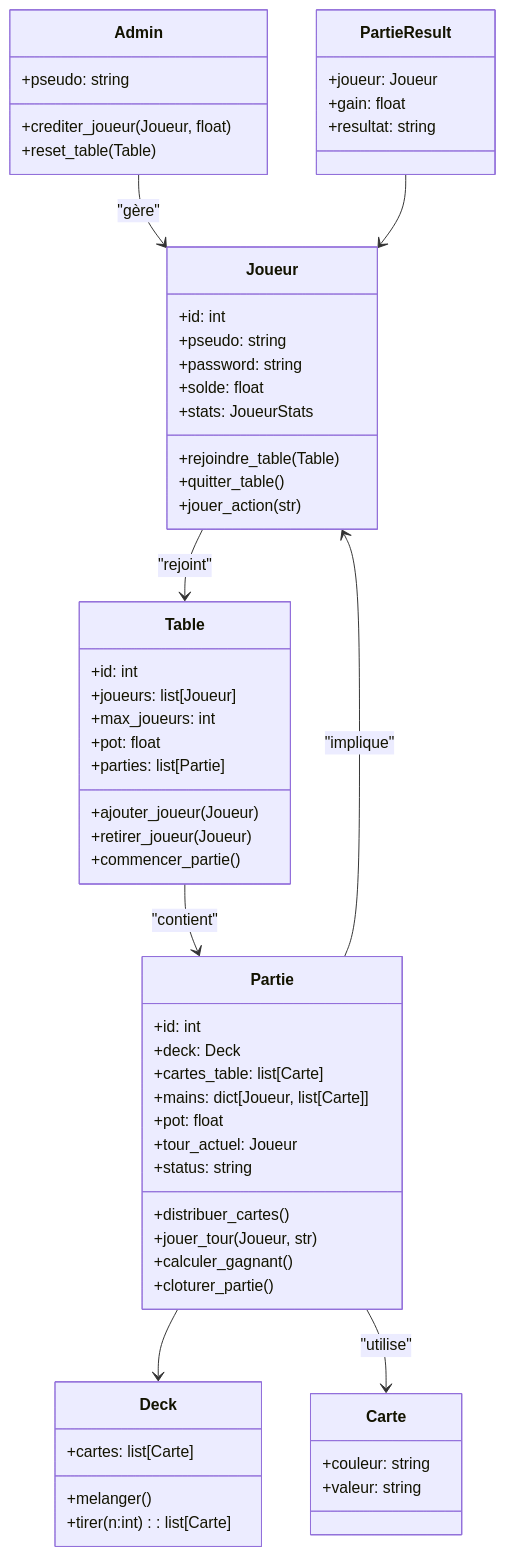
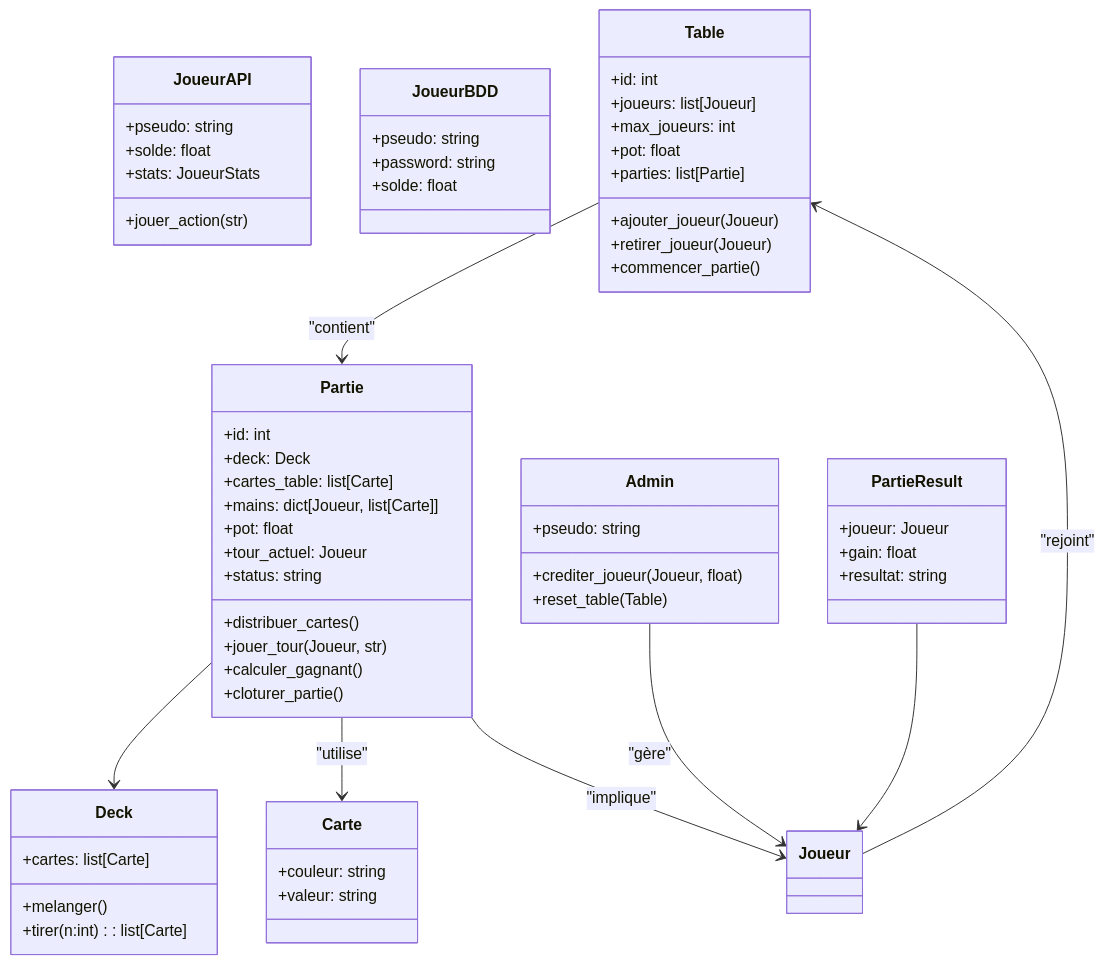
One commit to ArthurD19/ENSAI-2A-projet-info-groupe-9 changed the diagram in doc/diag_classes.md. Above: the diagram before and after it, drawn with Mermaid.

````diff
--- a/doc/diag_classes.md
+++ b/doc/diag_classes.md
@@ -17,71 +17,74 @@
 ```mermaid
+
 classDiagram
-    class Joueur {
-        +id: int
+    class JoueurAPI {
+        +pseudo: string
+        +solde: float
+        +stats: JoueurStats
+        +jouer_action(str)
+    }
+
+    class JoueurBDD {
         +pseudo: string
         +password: string
         +solde: float
-        +stats: JoueurStats
-        +rejoindre_table(Table)
-        +quitter_table()
-        +jouer_action(str)
     }
 
     class Table {
         +id: int
         +joueurs: list[Joueur]
         +max_joueurs: int
         +pot: float
         +parties: list[Partie]
         +ajouter_joueur(Joueur)
         +retirer_joueur(Joueur)
         +commencer_partie()
     }
 
     class Partie {
         +id: int
         +deck: Deck
         +cartes_table: list[Carte]
         +mains: dict[Joueur, list[Carte]]
         +pot: float
         +tour_actuel: Joueur
         +status: string
         +distribuer_cartes()
         +jouer_tour(Joueur, str)
         +calculer_gagnant()
         +cloturer_partie()
     }
 
     class Deck {
         +cartes: list[Carte]
         +melanger()
         +tirer(n:int): list[Carte]
     }
 
     class Carte {
         +couleur: string
         +valeur: string
     }
 
     class Admin {
         +pseudo: string
         +crediter_joueur(Joueur, float)
         +reset_table(Table)
     }
 
     class PartieResult {
         +joueur: Joueur
         +gain: float
         +resultat: string
     }
 
     %% Relations
     Joueur --> Table : "rejoint"
     Table --> Partie : "contient"
     Partie --> Deck
     Partie --> Carte : "utilise"
     Partie --> Joueur : "implique"
     Admin --> Joueur : "gère"
     PartieResult --> Joueur
 
 ```
````
